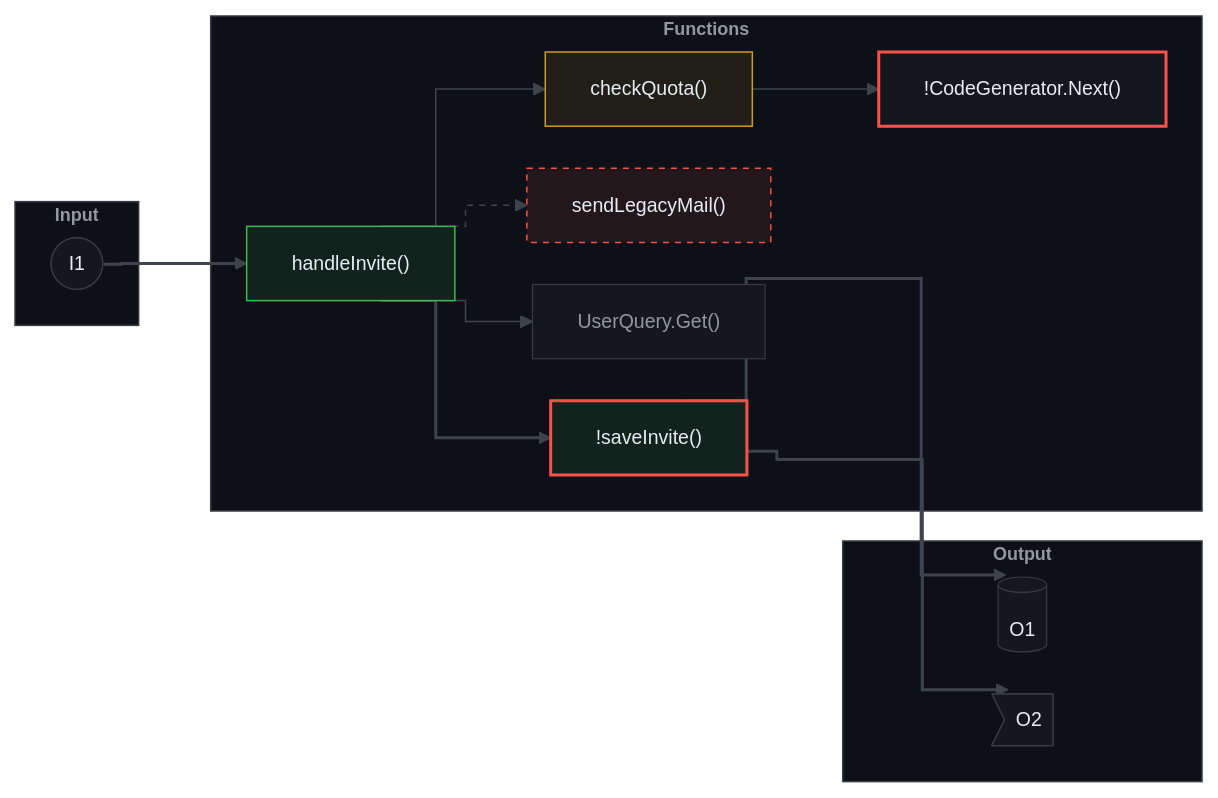
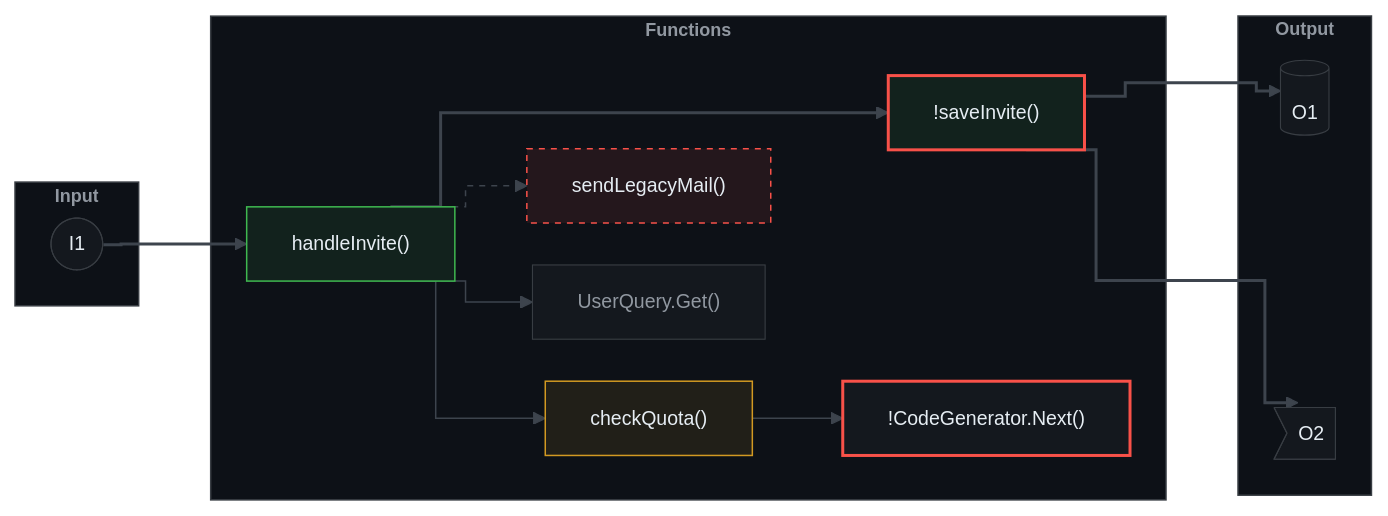
Before and after one commit to gagoar/pr-brief: diagram 13 of 17 in docs/samples/craft-themes.md, drawn with Mermaid. The commit also changed other lines of this file, not shown here.

````diff
--- a/docs/samples/craft-themes.md
+++ b/docs/samples/craft-themes.md
@@ -568,39 +594,41 @@
 ```mermaid
 %%{init: {"theme":"base","flowchart":{"curve":"step","nodeSpacing":28,"rankSpacing":48,"diagramPadding":40},"themeVariables":{"darkMode":true,"background":"#0d1117","fontFamily":"Inter, Helvetica, Arial","fontSize":"13px","dropShadow":"none","primaryColor":"#14181e","primaryTextColor":"#e6edf3","primaryBorderColor":"#383d43","nodeTextColor":"#e6edf3","textColor":"#e6edf3","mainBkg":"#14181e","nodeBorder":"#383d43","lineColor":"#3d444d","clusterBkg":"#0d1117","clusterBorder":"#383d43","titleColor":"#9198a1","edgeLabelBackground":"#0d1117"}}}%%
 graph LR
   subgraph IN["Input"]
     I1(["I1"])
   end
   subgraph FN["Functions"]
     F1["handleInvite()"]:::added
     F2["checkQuota()"]:::modified
     F3["sendLegacyMail()"]:::removed
     F4["UserQuery.Get()"]:::context
     F5["!CodeGenerator.Next()"]:::risk
     F6["!saveInvite()"]:::riskadded
   end
   subgraph OUT["Output"]
     O1[("O1")]
     O2>"O2"]
   end
   I1 ==> F1
   F1 --> F2
   F1 --> F4
   F2 --> F5
   F1 ==> F6
   F1 -.-> F3
   F6 ==> O1
   F6 ==> O2
+  F5 ~~~ O1
+  F5 ~~~ O2
   classDef default fill:#14181e,stroke:#383d43,stroke-width:0.75px,color:#e6edf3,font-weight:500
   classDef added fill:#12221d,stroke:#3fb950,stroke-width:1px,color:#e6edf3,font-weight:500
   classDef modified fill:#211f18,stroke:#d29922,stroke-width:1px,color:#e6edf3,font-weight:500
   classDef removed fill:#24171c,stroke:#f85149,stroke-width:1px,stroke-dasharray:4 4,color:#e6edf3,font-weight:500
   classDef context fill:#14181e,stroke:#383d43,stroke-width:0.75px,color:#9198a1,font-weight:500
   classDef risk fill:#14181e,stroke:#f85149,stroke-width:2px,color:#e6edf3,font-weight:500
   classDef riskadded fill:#12221d,stroke:#f85149,stroke-width:2px,color:#e6edf3,font-weight:500
   classDef zone fill:#0d1117,stroke:#383d43,stroke-width:1px,color:#9198a1,font-weight:600,font-size:12px
   class IN,FN,OUT zone
-  linkStyle default stroke:#3d444d,stroke-width:1px
+  linkStyle 1,2,3 stroke:#3d444d,stroke-width:1px
   linkStyle 0,4,6,7 stroke:#3d444d,stroke-width:2px
   linkStyle 5 stroke:#3d444d,stroke-width:1px,stroke-dasharray:4 4
 ```
````
